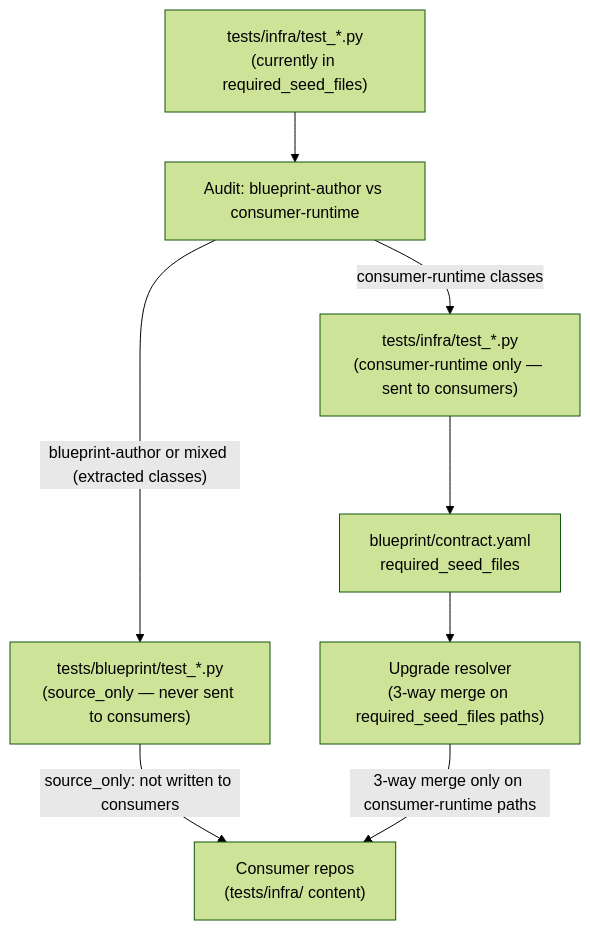
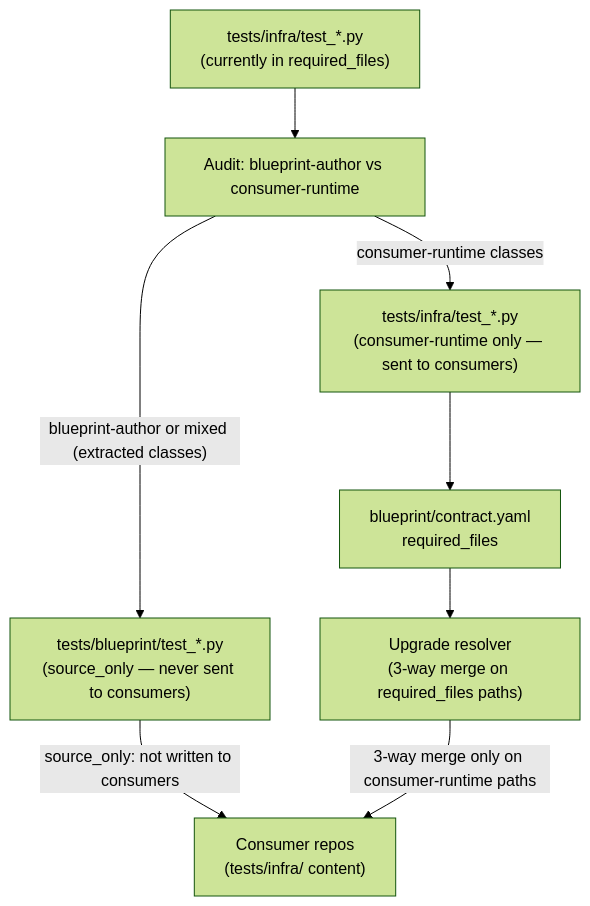
Before and after one commit to sbonoc/stackit-platform-blueprint: the diagram in specs/2026-05-13-issue-270-test-ownership-contract/architecture.md, drawn with Mermaid (forest theme). The commit also changed other lines of this file and 1 other file, not shown here.

Commit message:
test(issue-270-test-ownership-contract): slice 1 — failing contract assertion for test taxonomy

````diff
--- a/specs/2026-05-13-issue-270-test-ownership-contract/architecture.md
+++ b/specs/2026-05-13-issue-270-test-ownership-contract/architecture.md
@@ -45,18 +51,18 @@
 ```mermaid
 flowchart TD
-    A["tests/infra/test_*.py\n(currently in required_seed_files)"]
+    A["tests/infra/test_*.py\n(currently in required_files)"]
     B["Audit: blueprint-author vs consumer-runtime"]
     C["tests/blueprint/test_*.py\n(source_only — never sent to consumers)"]
     D["tests/infra/test_*.py\n(consumer-runtime only — sent to consumers)"]
-    E["blueprint/contract.yaml\nrequired_seed_files"]
-    F["Upgrade resolver\n(3-way merge on required_seed_files paths)"]
+    E["blueprint/contract.yaml\nrequired_files"]
+    F["Upgrade resolver\n(3-way merge on required_files paths)"]
     G["Consumer repos\n(tests/infra/ content)"]
 
     A --> B
     B -- "blueprint-author or mixed (extracted classes)" --> C
     B -- "consumer-runtime classes" --> D
     C -- "source_only: not written to consumers" --> G
     D --> E
     E --> F
     F -- "3-way merge only on consumer-runtime paths" --> G
 ```
````
